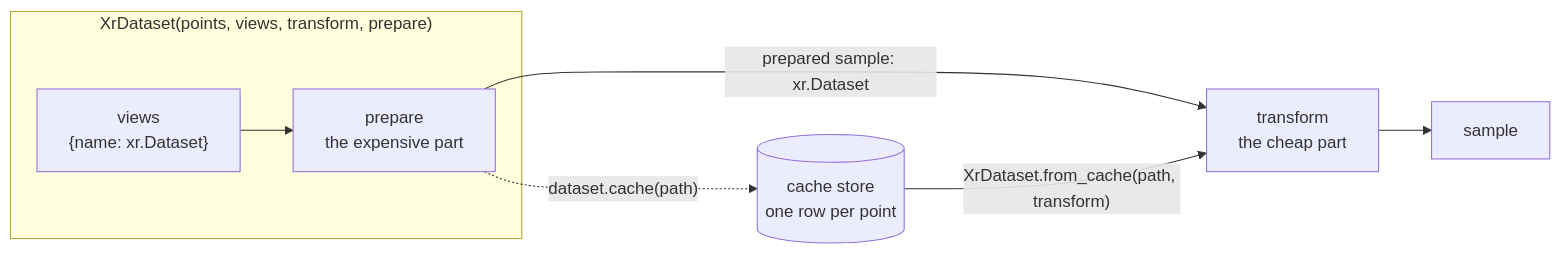
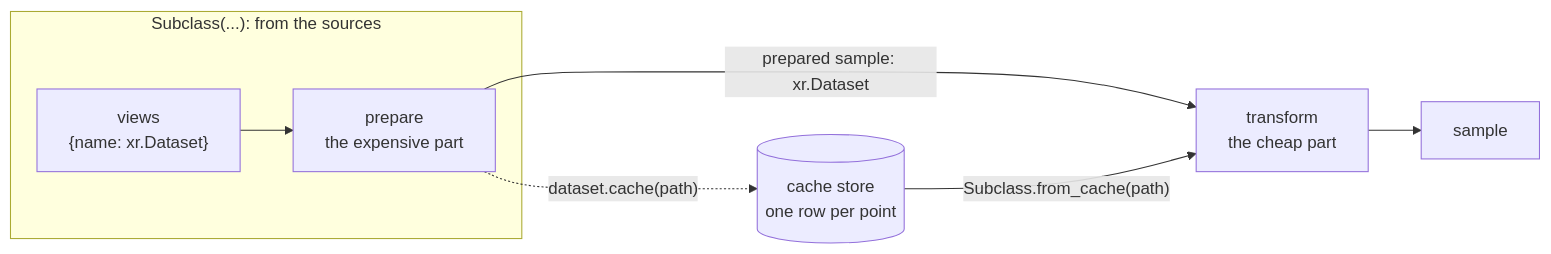
The fourth of 4 diagrams in README.md (FabianSchubert/xarray_torch_dataset), drawn with Mermaid before and after one commit. The commit also changed other lines of this file and 3 other files, not shown here.

````diff
--- a/README.md
+++ b/README.md
@@ -178,10 +183,10 @@
 ```mermaid
 flowchart LR
-    subgraph raw["XrDataset(points, views, transform, prepare)"]
+    subgraph raw["Subclass(...): from the sources"]
         views["views<br/>{name: xr.Dataset}"] --> prepare["prepare<br/>the expensive part"]
     end
     prepare -- "prepared sample: xr.Dataset" --> transform["transform<br/>the cheap part"]
     prepare -. "dataset.cache(path)" .-> store[("cache store<br/>one row per point")]
-    store -- "XrDataset.from_cache(path, transform)" --> transform
+    store -- "Subclass.from_cache(path)" --> transform
     transform --> sample["sample"]
 ```
````
